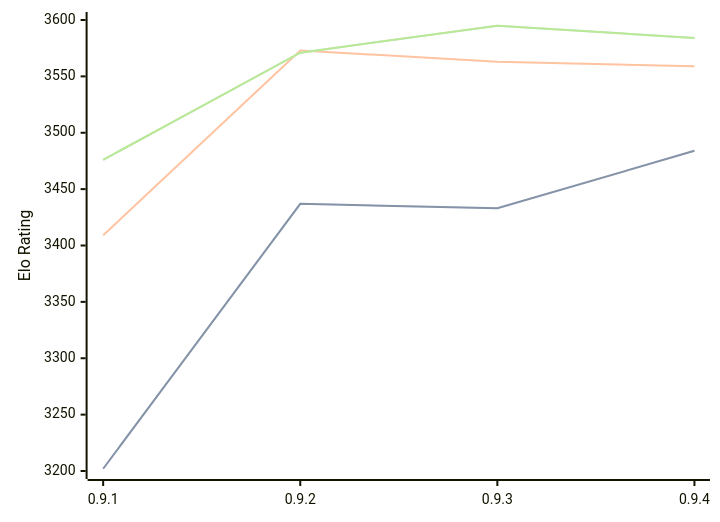
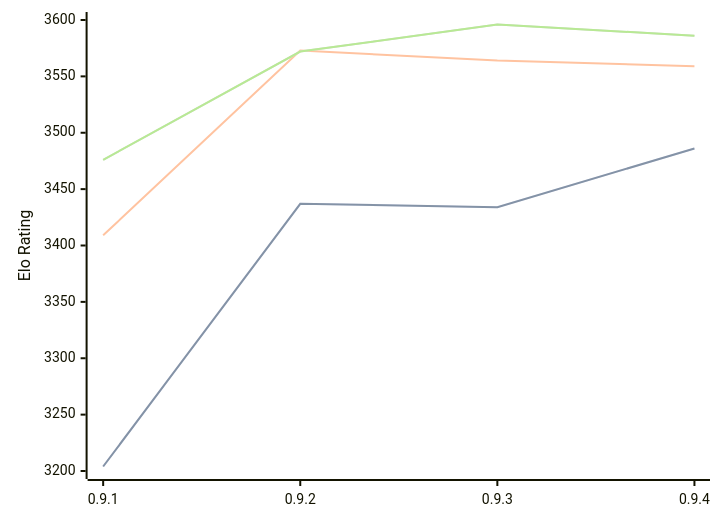
Before and after one commit to computer-chess-index/cci: the diagram in engines/Coda.md, drawn with Mermaid. The commit also changed other lines of this file, not shown here.

Commit message:
Update CCI Ratings (ELO VLTC) - 2026-09-13

````diff
--- a/engines/Coda.md
+++ b/engines/Coda.md
@@ -34,11 +34,11 @@
 ```mermaid
 %%{init: {"theme":"base","themeVariables":{"seriesColors:['#a3a3a3','#222221','#faa371']}}}%%
 xychart-beta
   x-axis ["0.9.1", "0.9.2", "0.9.3", "0.9.4"]
   y-axis "Elo Rating" 3200 --> 3600
-  line "" [3202, 3437, 3433, 3484]
-  line "STC (8.0+0.08s)" [3202, 3437, 3433, 3484]
-  line "LTC (60.0+0.60s)" [3409, 3573, 3563, 3559]
-  line "" [3476, 3571, 3595, 3584]
-  line "VLTC (2m24s+1.12s)" [3476, 3571, 3595, 3584]
+  line "" [3204, 3437, 3434, 3486]
+  line "STC (8.0+0.08s)" [3204, 3437, 3434, 3486]
+  line "LTC (60.0+0.60s)" [3409, 3573, 3564, 3559]
+  line "" [3476, 3572, 3596, 3586]
+  line "VLTC (2m24s+1.12s)" [3476, 3572, 3596, 3586]
 ```
````
